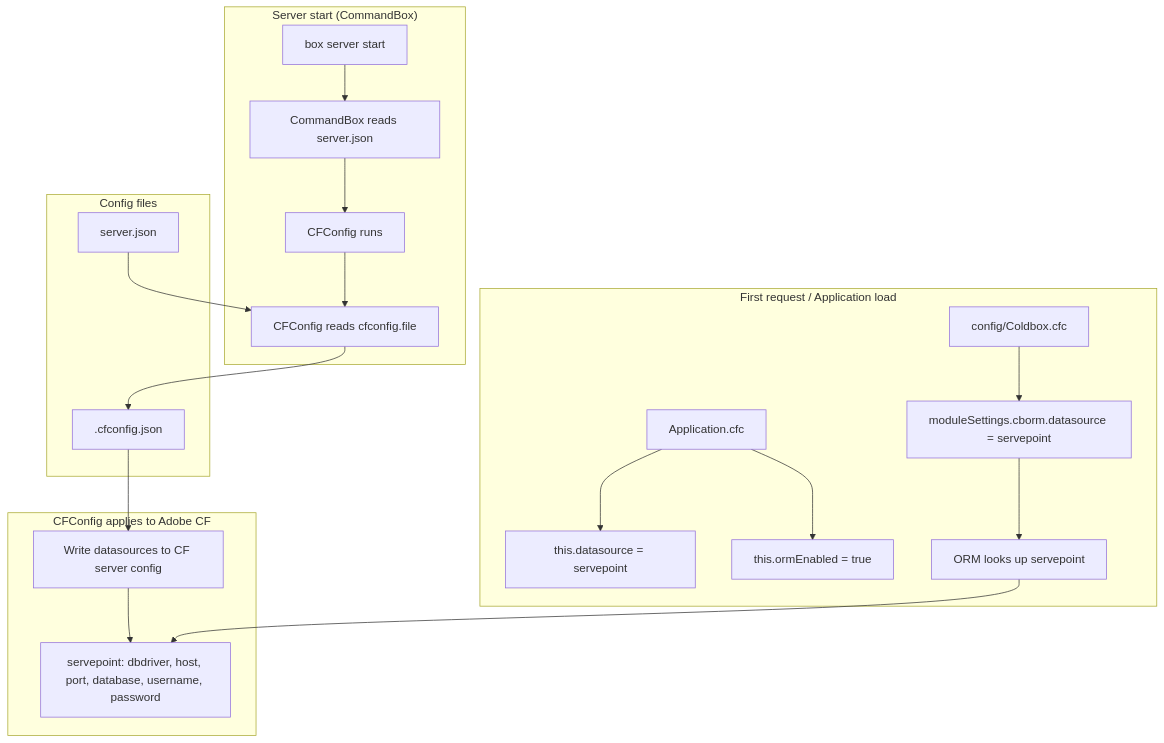
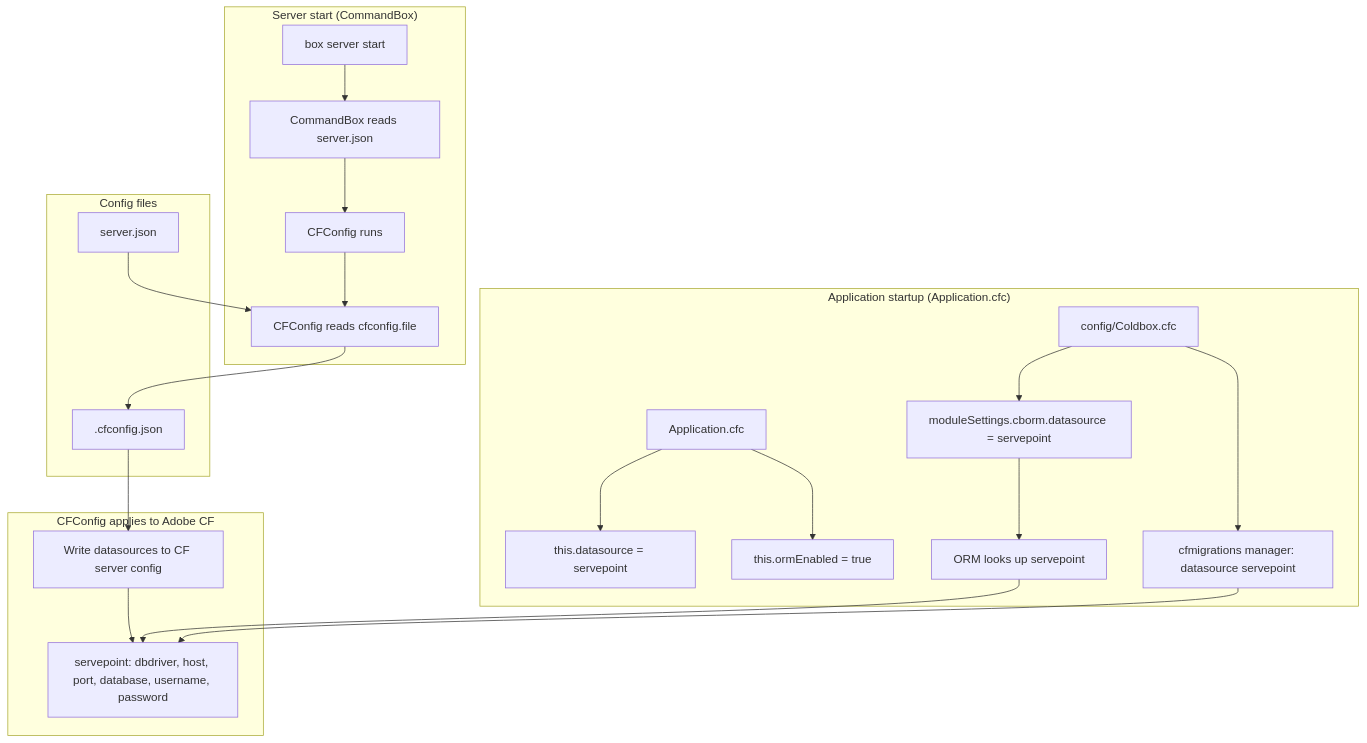
The diagram in design/mermaid/config-and-datasource.md (mattburnett-repo/servepoint), drawn with Mermaid before and after one commit. The commit also changed other lines of this file and 24 other files, not shown here.

````diff
--- a/design/mermaid/config-and-datasource.md
+++ b/design/mermaid/config-and-datasource.md
@@ -5,41 +5,44 @@
 ```mermaid
 flowchart TB
     subgraph ServerStart["Server start (CommandBox)"]
         A[box server start]
         B[CommandBox reads server.json]
         C[CFConfig runs]
         D[CFConfig reads cfconfig.file]
     end
 
     subgraph ConfigFiles["Config files"]
         serverJson[server.json]
         cfconfigJson[.cfconfig.json]
     end
 
     subgraph CFConfigApply["CFConfig applies to Adobe CF"]
         E[Write datasources to CF server config]
         F[servepoint: dbdriver, host, port, database, username, password]
     end
 
-    subgraph AppLoad["First request / Application load"]
+    subgraph AppLoad["Application startup (Application.cfc)"]
         G[Application.cfc]
         H[this.datasource = servepoint]
         I[this.ormEnabled = true]
         J[ORM looks up servepoint]
         K[config/Coldbox.cfc]
         L[moduleSettings.cborm.datasource = servepoint]
+        M[cfmigrations manager: datasource servepoint]
     end
 
     A --> B
     B --> C
     C --> D
     serverJson --> D
     D --> cfconfigJson
     cfconfigJson --> E
     E --> F
     G --> H
     G --> I
     J --> F
     K --> L
+    K --> M
     L --> J
+    M --> F
 ```
````
